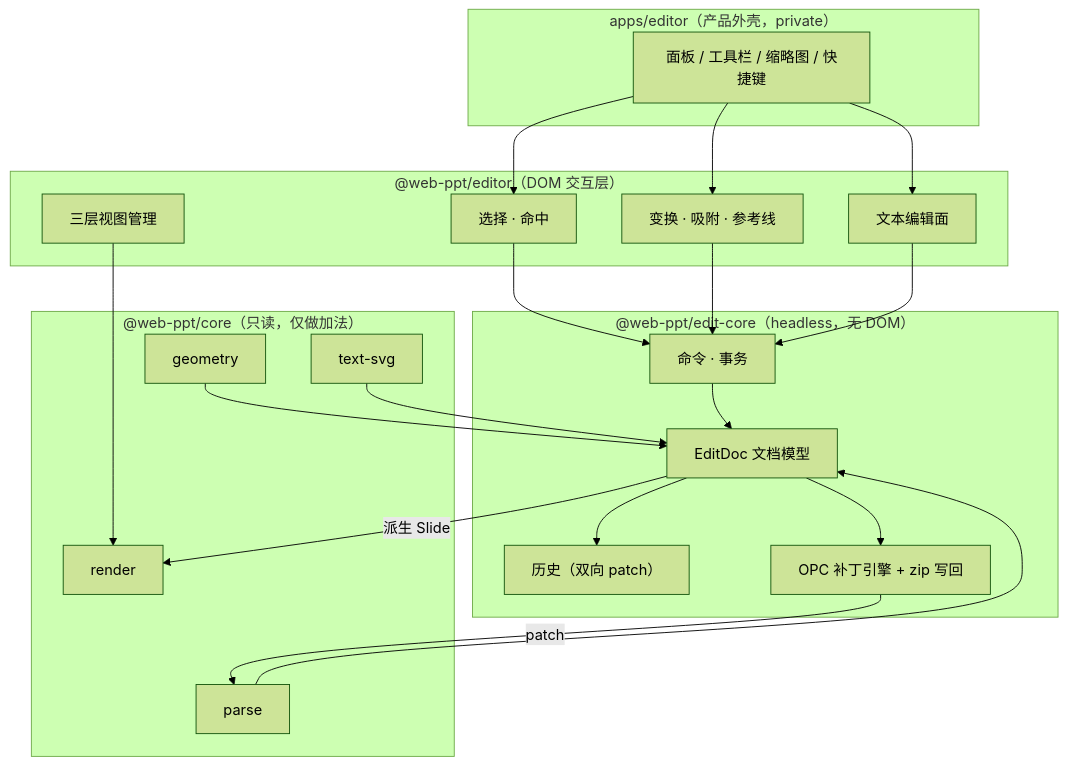
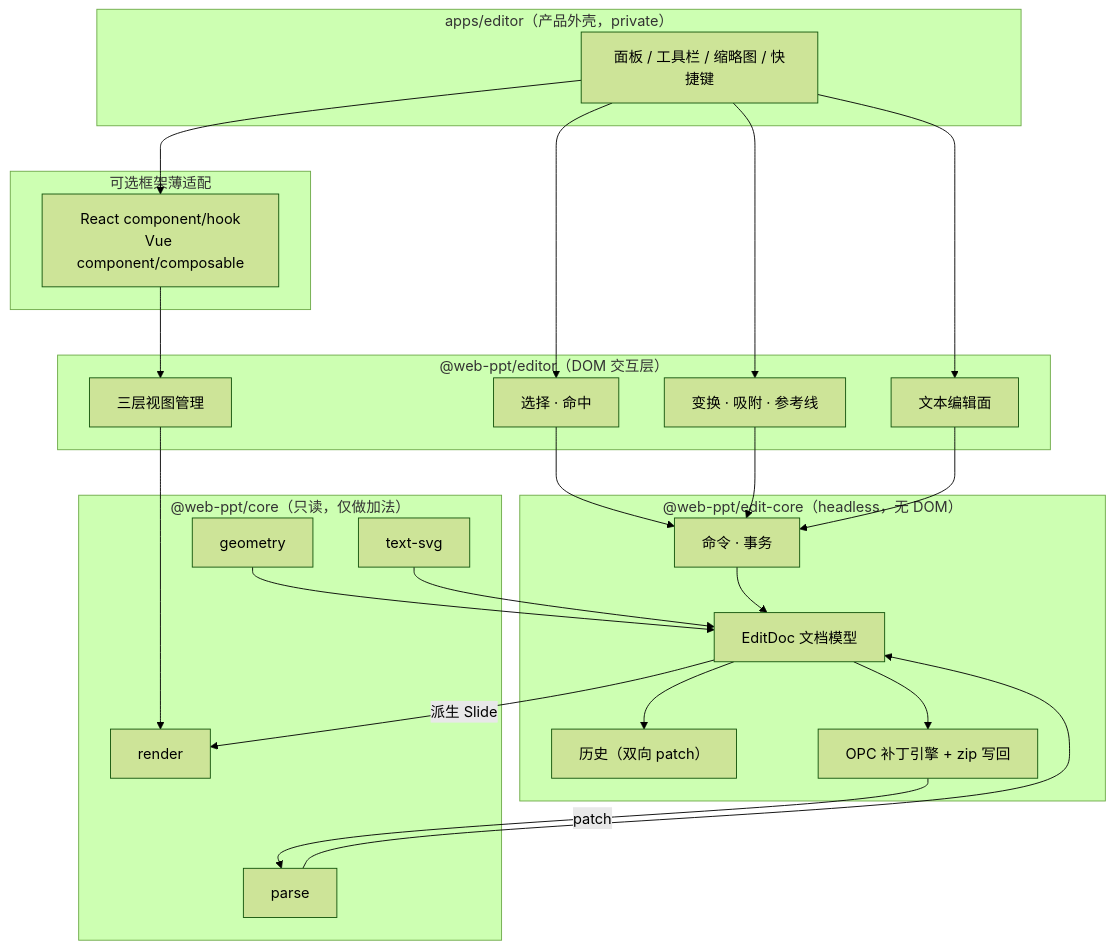
Before and after one commit to unStone/web-ppt: the first of 6 diagrams in docs/editing-design.md, drawn with Mermaid (forest theme). The commit also changed other lines of this file and 37 other files, not shown here.

Commit message:
feat: 发布 React 与 Vue 编辑适配包

````diff
--- a/docs/editing-design.md
+++ b/docs/editing-design.md
@@ -89,33 +89,37 @@
 ```mermaid
 flowchart TB
     subgraph app["apps/editor（产品外壳，private）"]
         UI["面板 / 工具栏 / 缩略图 / 快捷键"]
+    end
+    subgraph adapters["可选框架薄适配"]
+        FA["React component/hook<br/>Vue component/composable"]
     end
     subgraph editor["@web-ppt/editor（DOM 交互层）"]
         SEL["选择 · 命中"]
         XF["变换 · 吸附 · 参考线"]
         TXT["文本编辑面"]
         VIEW["三层视图管理"]
     end
     subgraph edit["@web-ppt/edit-core（headless，无 DOM）"]
         DOC["EditDoc 文档模型"]
         CMD["命令 · 事务"]
         HIS["历史（双向 patch）"]
         OPC["OPC 补丁引擎 + zip 写回"]
     end
     subgraph core["@web-ppt/core（只读，仅做加法）"]
         P["parse"]
         R["render"]
         G["geometry"]
         T["text-svg"]
     end
+    UI --> FA --> VIEW
     UI --> SEL & XF & TXT
     SEL & XF & TXT --> CMD
     CMD --> DOC --> HIS
     DOC --> OPC
     VIEW --> R
     DOC -->|派生 Slide| R
     P --> DOC
     G & T --> DOC
     OPC -->|patch| P
 ```
````
